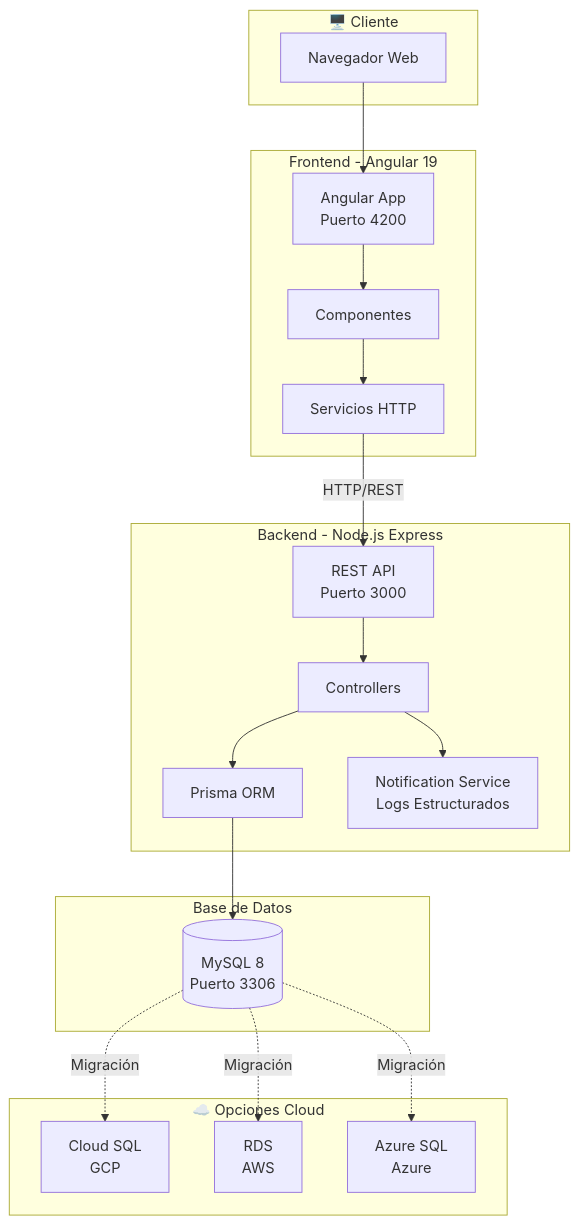
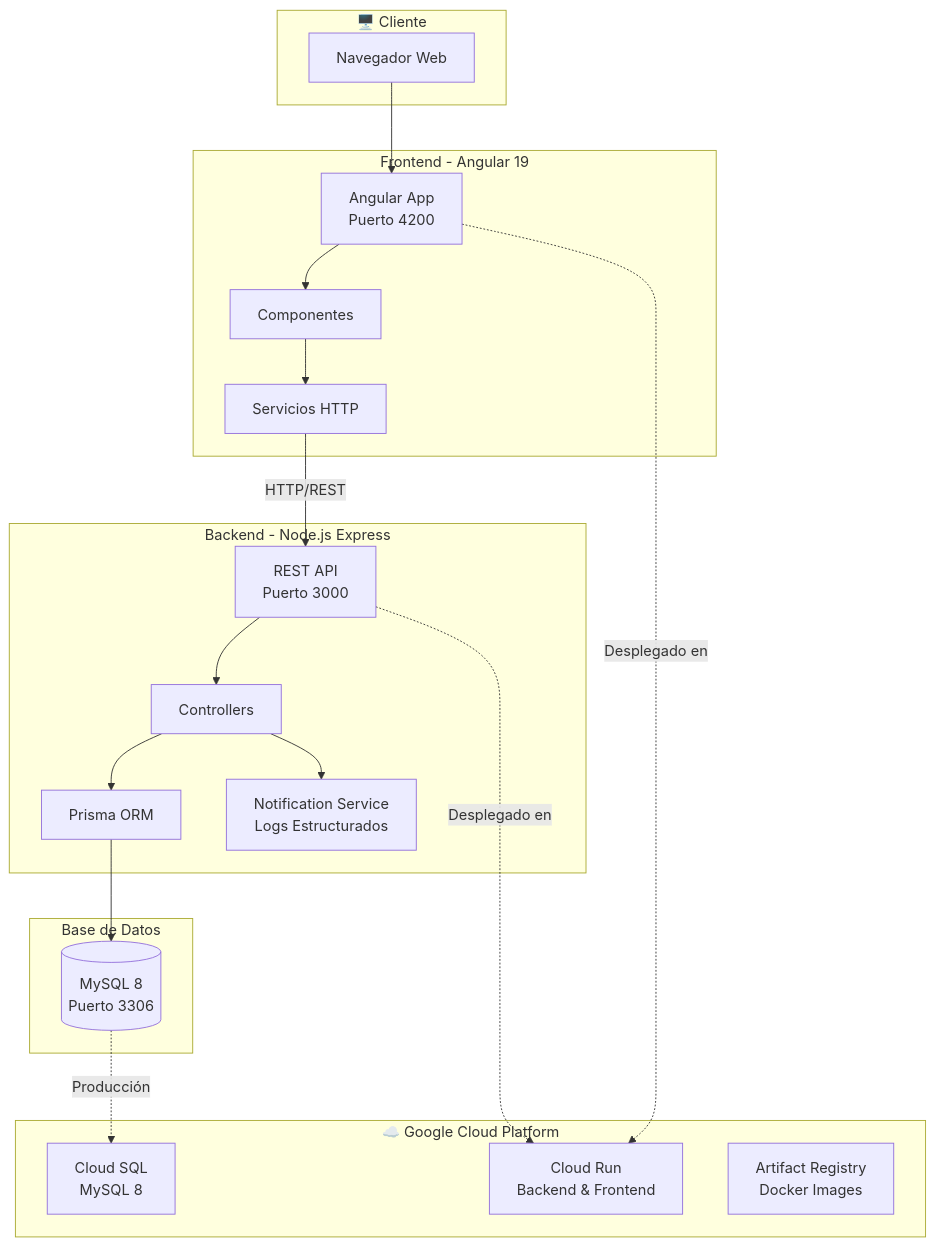
The first of 2 diagrams in README.md (gabomonher/credit-multicloud-challenge), drawn with Mermaid before and after one commit. The commit also changed other lines of this file and 1 other file, not shown here.

Commit message:
Update README.md and modify nginx configuration for API proxying to Cloud Run service

````diff
--- a/README.md
+++ b/README.md
@@ -19,41 +20,41 @@
 ```mermaid
 flowchart TB
     subgraph Cliente["🖥️ Cliente"]
         Browser[Navegador Web]
     end
 
     subgraph Frontend["Frontend - Angular 19"]
         NG[Angular App<br/>Puerto 4200]
         Components[Componentes]
         Services[Servicios HTTP]
     end
 
     subgraph Backend["Backend - Node.js Express"]
         API[REST API<br/>Puerto 3000]
         Controllers[Controllers]
         Prisma[Prisma ORM]
         Notifications[Notification Service<br/>Logs Estructurados]
     end
 
     subgraph Database["Base de Datos"]
         MySQL[(MySQL 8<br/>Puerto 3306)]
     end
 
-    subgraph Cloud["☁️ Opciones Cloud"]
-        GCP[Cloud SQL<br/>GCP]
-        AWS[RDS<br/>AWS]
-        Azure[Azure SQL<br/>Azure]
+    subgraph GCP["☁️ Google Cloud Platform"]
+        CloudRun[Cloud Run<br/>Backend & Frontend]
+        CloudSQL[Cloud SQL<br/>MySQL 8]
+        ArtifactReg[Artifact Registry<br/>Docker Images]
     end
 
     Browser --> NG
     NG --> Components
     Components --> Services
     Services -->|HTTP/REST| API
     API --> Controllers
     Controllers --> Prisma
     Controllers --> Notifications
     Prisma --> MySQL
-    MySQL -.->|Migración| GCP
-    MySQL -.->|Migración| AWS
-    MySQL -.->|Migración| Azure
+    MySQL -.->|Producción| CloudSQL
+    API -.->|Desplegado en| CloudRun
+    NG -.->|Desplegado en| CloudRun
 ```
````
